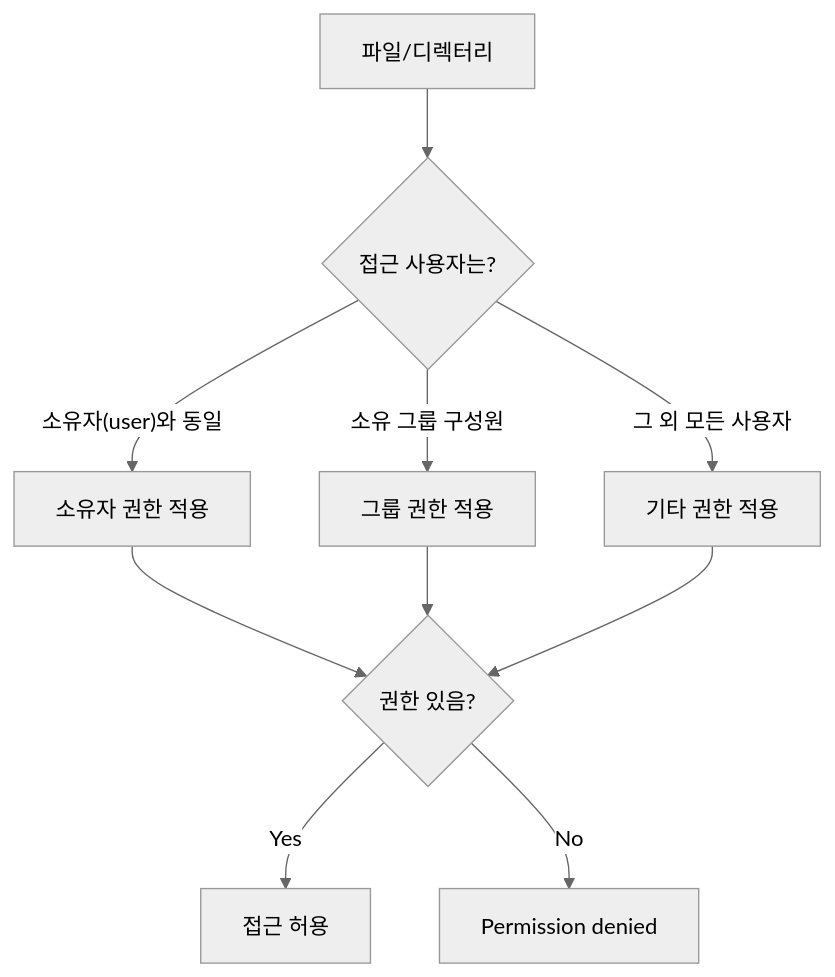
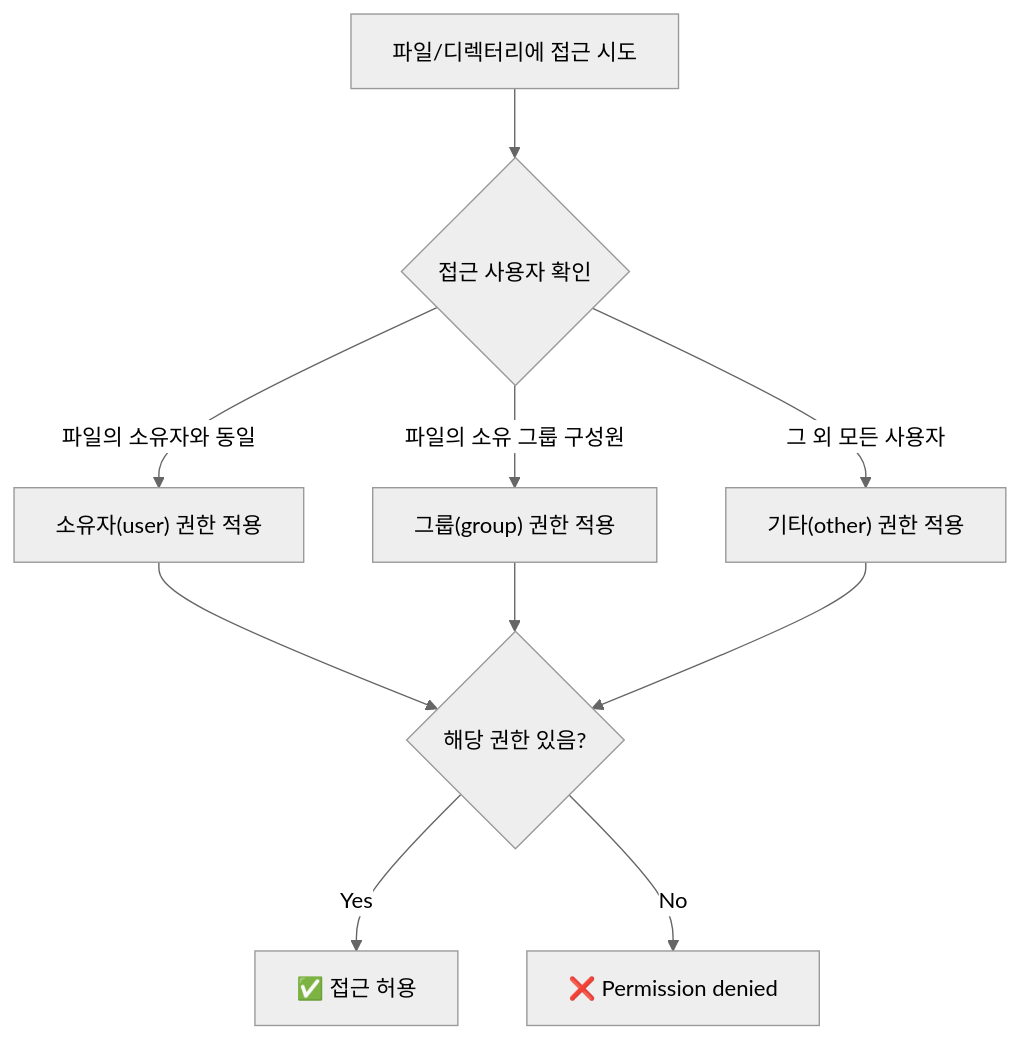
Before and after one commit to sbaek100/sbaek100.github.io: the fifth of 5 diagrams in _posts/2026-03-06-Linux-3-2.md, drawn with Mermaid (neutral theme). The commit also changed other lines of this file and 3 other files, not shown here.

````diff
--- a/_posts/2026-03-06-Linux-3-2.md
+++ b/_posts/2026-03-06-Linux-3-2.md
@@ -189,12 +329,12 @@
 ```mermaid
 flowchart TD
-    File["파일/디렉터리"] --> Check{"접근 사용자는?"}
-    Check -->|"소유자(user)와 동일"| UP["소유자 권한 적용"]
-    Check -->|"소유 그룹 구성원"| GP["그룹 권한 적용"]
-    Check -->|"그 외 모든 사용자"| OP["기타 권한 적용"]
-    UP --> Allow{"권한 있음?"}
+    File["파일/디렉터리에 접근 시도"] --> Check{"접근 사용자 확인"}
+    Check -->|"파일의 소유자와 동일"| UP["소유자(user) 권한 적용"]
+    Check -->|"파일의 소유 그룹 구성원"| GP["그룹(group) 권한 적용"]
+    Check -->|"그 외 모든 사용자"| OP["기타(other) 권한 적용"]
+    UP --> Allow{"해당 권한 있음?"}
     GP --> Allow
     OP --> Allow
-    Allow -->|"Yes"| OK["접근 허용"]
-    Allow -->|"No"| Deny["Permission denied"]
+    Allow -->|"Yes"| OK["✅ 접근 허용"]
+    Allow -->|"No"| Deny["❌ Permission denied"]
 ```
````
